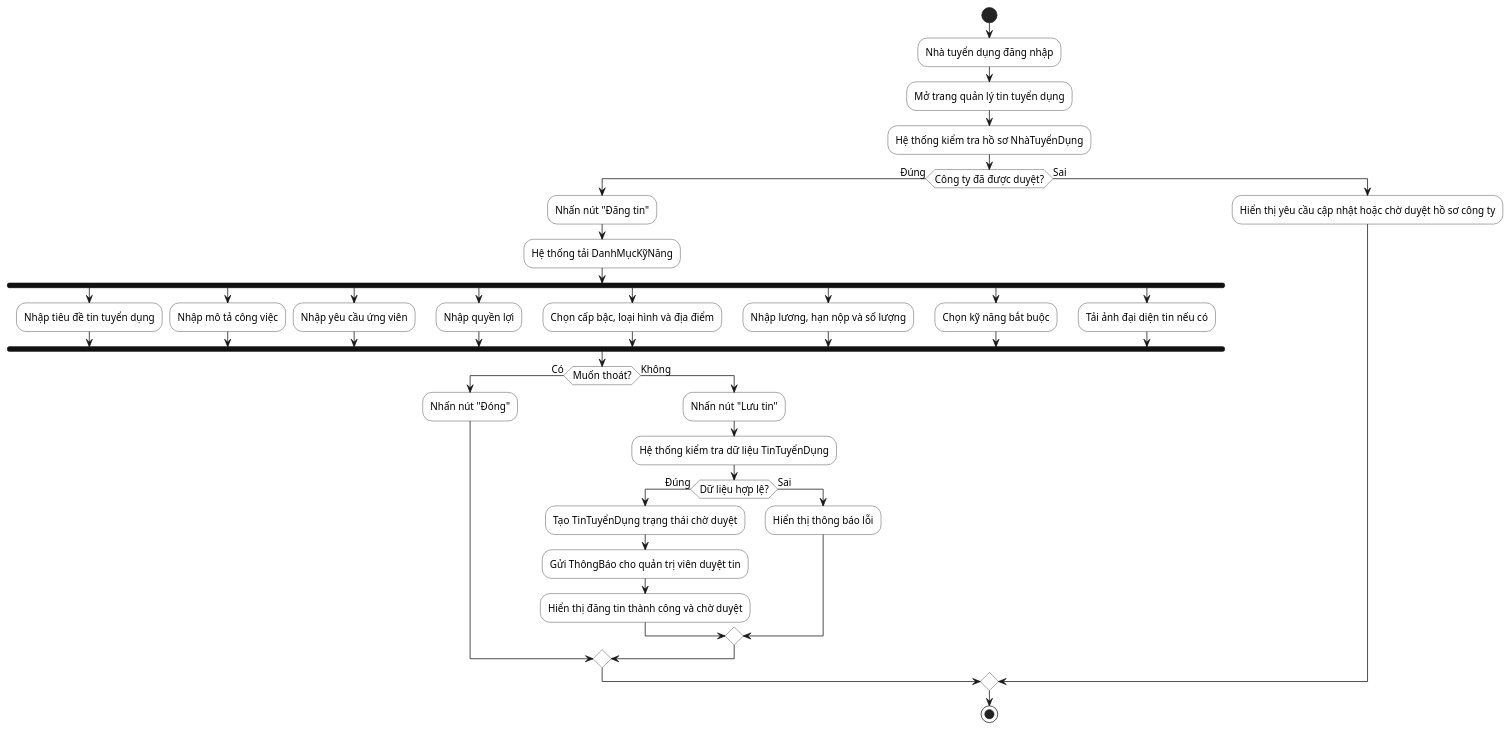
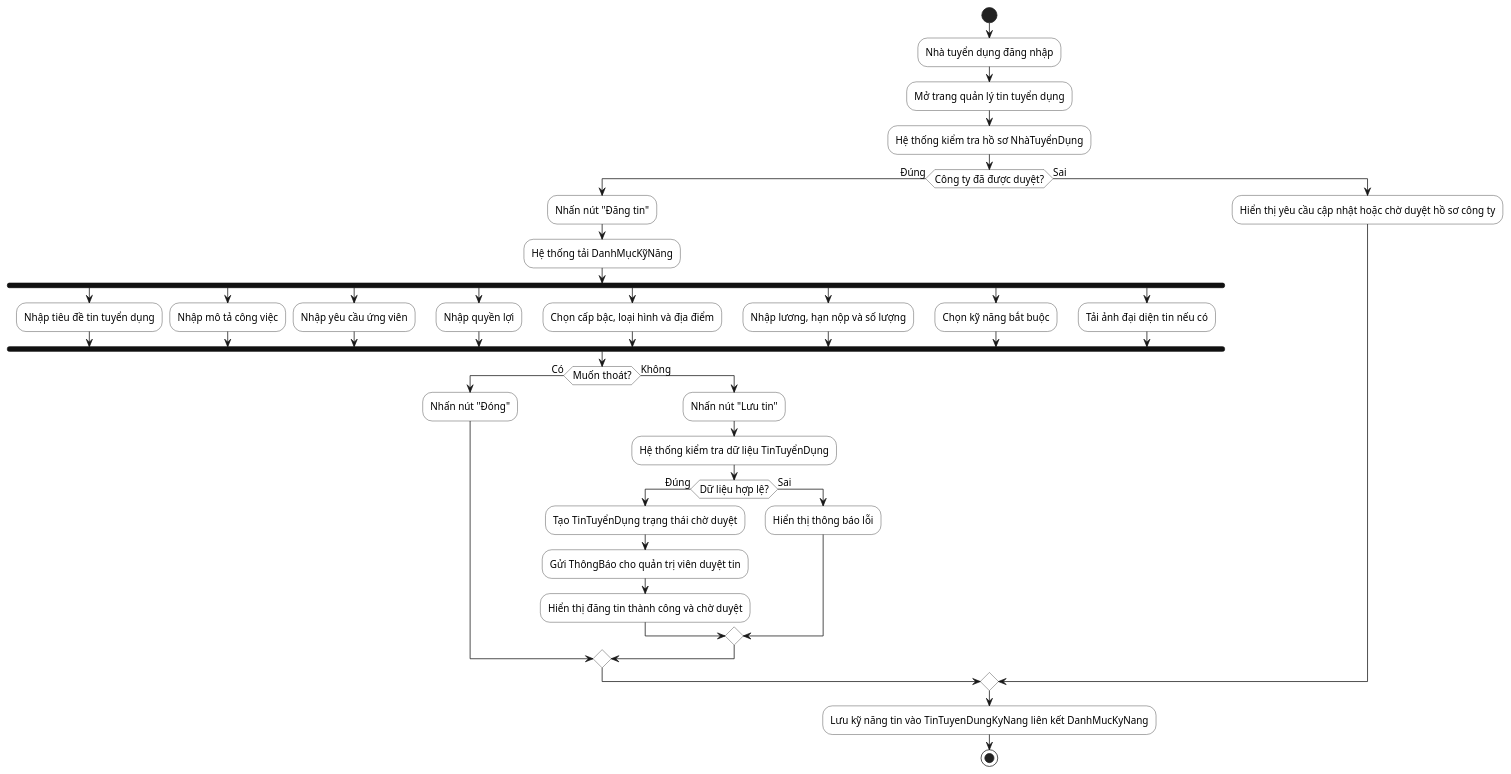
One commit to hole-six/DoAn changed the diagram in docs/so-do/02-activity/15-activity-dang-tin-tuyen-dung.puml. Above: the diagram before and after it, drawn with PlantUML. The commit also changed 66 other files, not shown here.

```diff
--- a/docs/so-do/02-activity/15-activity-dang-tin-tuyen-dung.puml
+++ b/docs/so-do/02-activity/15-activity-dang-tin-tuyen-dung.puml
@@ -1,54 +1,55 @@
 @startuml
 skinparam defaultFontName "Segoe UI"
 skinparam defaultFontSize 13
 skinparam shadowing false
 skinparam linetype ortho
 skinparam activity {
   BackgroundColor White
   BorderColor #222222
   DiamondBackgroundColor White
   DiamondBorderColor #222222
   BarColor #111111
 }
 start
 :Nhà tuyển dụng đăng nhập;
 :Mở trang quản lý tin tuyển dụng;
 :Hệ thống kiểm tra hồ sơ NhàTuyểnDụng;
 if (Công ty đã được duyệt?) then (Đúng)
   :Nhấn nút "Đăng tin";
   :Hệ thống tải DanhMụcKỹNăng;
   fork
     :Nhập tiêu đề tin tuyển dụng;
   fork again
     :Nhập mô tả công việc;
   fork again
     :Nhập yêu cầu ứng viên;
   fork again
     :Nhập quyền lợi;
   fork again
     :Chọn cấp bậc, loại hình và địa điểm;
   fork again
     :Nhập lương, hạn nộp và số lượng;
   fork again
     :Chọn kỹ năng bắt buộc;
   fork again
     :Tải ảnh đại diện tin nếu có;
   end fork
   if (Muốn thoát?) then (Có)
     :Nhấn nút "Đóng";
   else (Không)
     :Nhấn nút "Lưu tin";
     :Hệ thống kiểm tra dữ liệu TinTuyểnDụng;
     if (Dữ liệu hợp lệ?) then (Đúng)
       :Tạo TinTuyểnDụng trạng thái chờ duyệt;
       :Gửi ThôngBáo cho quản trị viên duyệt tin;
       :Hiển thị đăng tin thành công và chờ duyệt;
     else (Sai)
       :Hiển thị thông báo lỗi;
     endif
   endif
 else (Sai)
   :Hiển thị yêu cầu cập nhật hoặc chờ duyệt hồ sơ công ty;
 endif
+:Lưu kỹ năng tin vào TinTuyenDungKyNang liên kết DanhMucKyNang;
 stop
 @enduml
```
